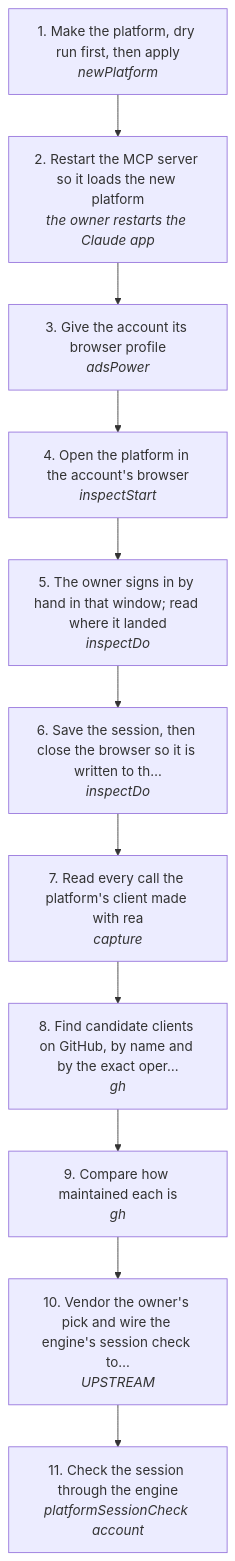
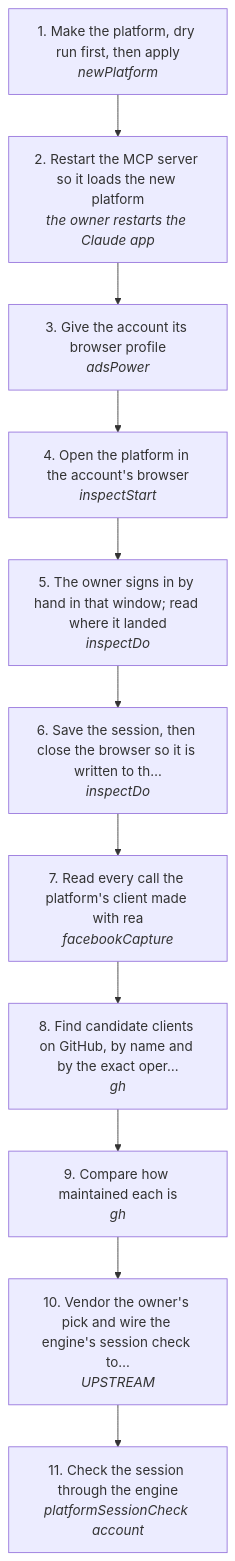
Before and after one commit to matthewdonsemail-lab/log: the diagram in docs/useCases/instagram/newPlatform.md, drawn with Mermaid. The commit also changed other lines of this file and 58 other files, not shown here.

````diff
--- a/docs/useCases/instagram/newPlatform.md
+++ b/docs/useCases/instagram/newPlatform.md
@@ -14,24 +14,24 @@
 ```mermaid
 flowchart TD
   s0["1. Make the platform, dry run first, then apply<br/><i>newPlatform</i>"]
   s1["2. Restart the MCP server so it loads the new platform<br/><i>the owner restarts the Claude app</i>"]
   s2["3. Give the account its browser profile<br/><i>adsPower</i>"]
   s3["4. Open the platform in the account's browser<br/><i>inspectStart</i>"]
   s4["5. The owner signs in by hand in that window; read where it landed<br/><i>inspectDo</i>"]
   s5["6. Save the session, then close the browser so it is written to th…<br/><i>inspectDo</i>"]
-  s6["7. Read every call the platform's client made with rea<br/><i>capture</i>"]
+  s6["7. Read every call the platform's client made with rea<br/><i>facebookCapture</i>"]
   s7["8. Find candidate clients on GitHub, by name and by the exact oper…<br/><i>gh</i>"]
   s8["9. Compare how maintained each is<br/><i>gh</i>"]
   s9["10. Vendor the owner's pick and wire the engine's session check to…<br/><i>UPSTREAM</i>"]
   s10["11. Check the session through the engine<br/><i>platformSessionCheck account</i>"]
   s0 --> s1
   s1 --> s2
   s2 --> s3
   s3 --> s4
   s4 --> s5
   s5 --> s6
   s6 --> s7
   s7 --> s8
   s8 --> s9
   s9 --> s10
 ```
````
